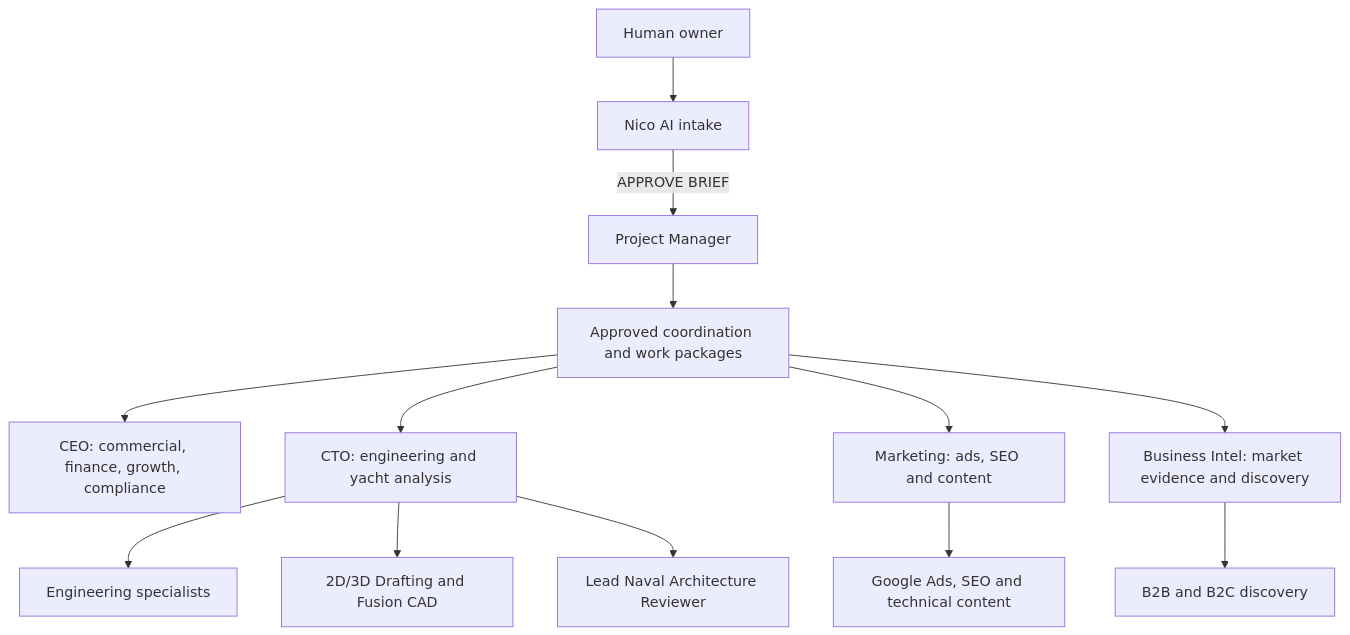
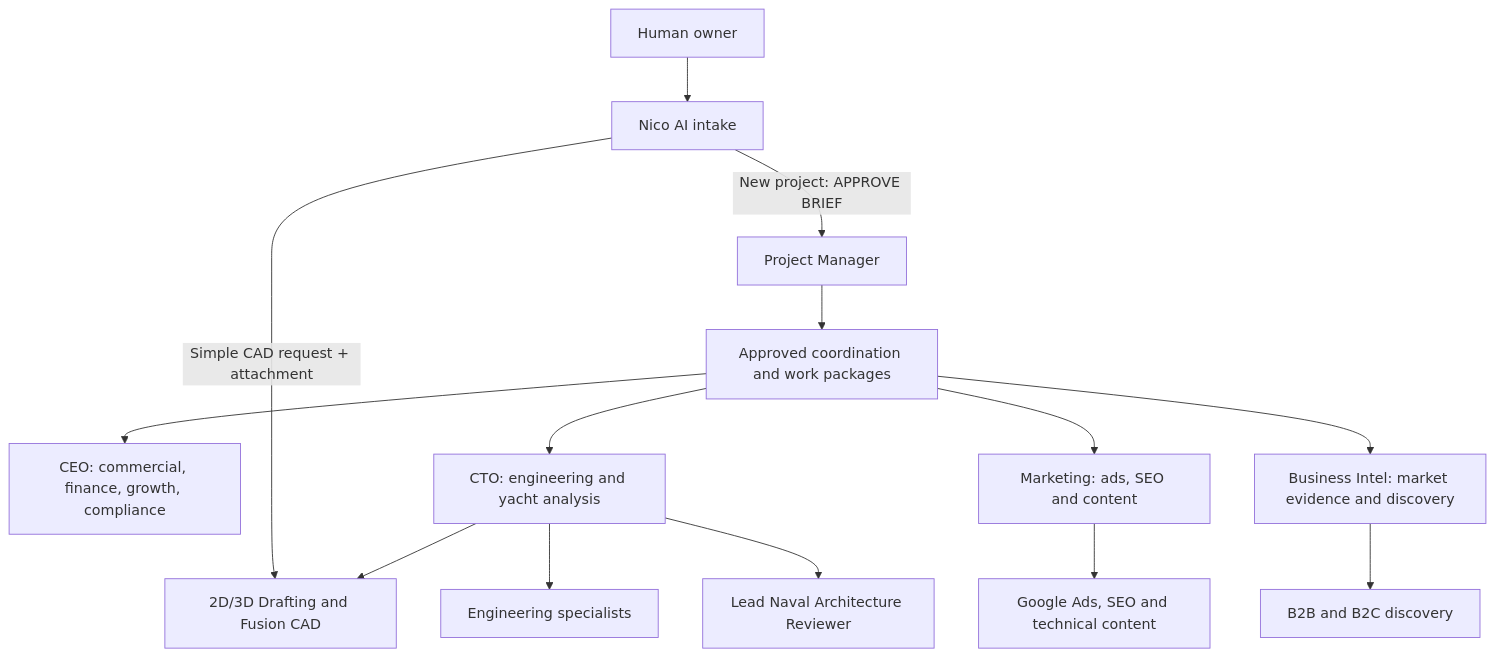
One commit to NicoMorfrac/vault changed the diagram in Morfrac/MORFRAC/001 - DASHBOARD AGENTS AND WORKFLOWS.md. Above: the diagram before and after it, drawn with Mermaid. The commit also changed other lines of this file and 3 other files, not shown here.

````diff
--- a/Morfrac/MORFRAC/001 - DASHBOARD AGENTS AND WORKFLOWS.md
+++ b/Morfrac/MORFRAC/001 - DASHBOARD AGENTS AND WORKFLOWS.md
@@ -66,15 +64,16 @@
 ```mermaid
 flowchart TD
     H[Human owner] --> N[Nico AI intake]
-    N -->|APPROVE BRIEF| PM[Project Manager]
+    N -->|Simple CAD request + attachment| CAD[2D/3D Drafting and Fusion CAD]
+    N -->|New project: APPROVE BRIEF| PM[Project Manager]
     PM --> C[Approved coordination and work packages]
     C --> CEO[CEO: commercial, finance, growth, compliance]
     C --> CTO[CTO: engineering and yacht analysis]
     C --> MKT[Marketing: ads, SEO and content]
     C --> BI[Business Intel: market evidence and discovery]
     CTO --> ENG[Engineering specialists]
-    CTO --> CAD[2D/3D Drafting and Fusion CAD]
+    CTO --> CAD
     CTO --> YL[Lead Naval Architecture Reviewer]
     MKT --> SEO[Google Ads, SEO and technical content]
     BI --> DISC[B2B and B2C discovery]
 ```
````
